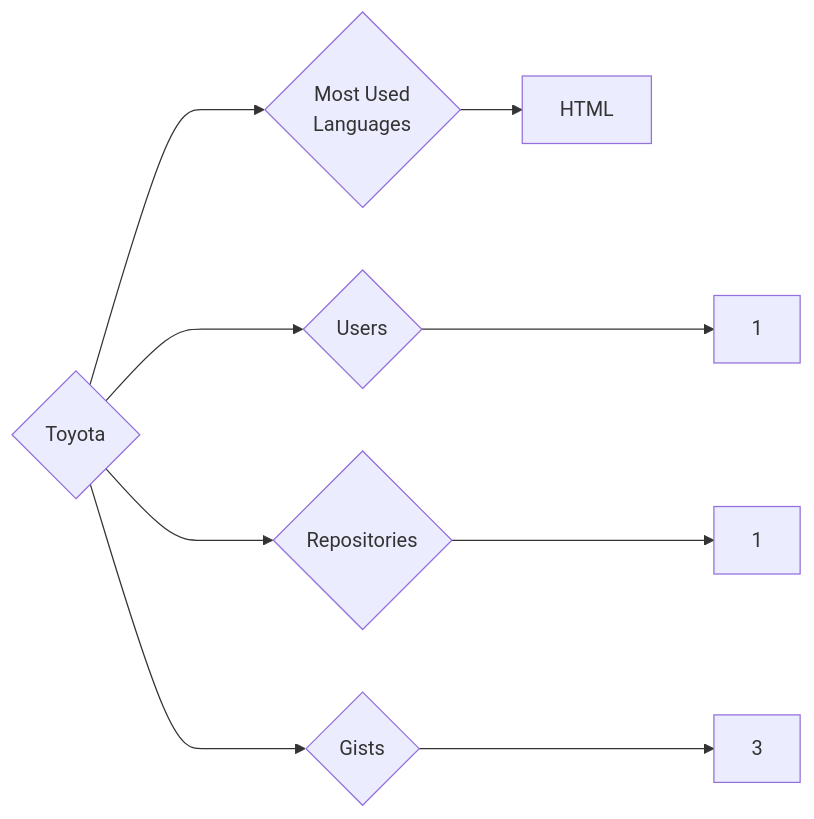
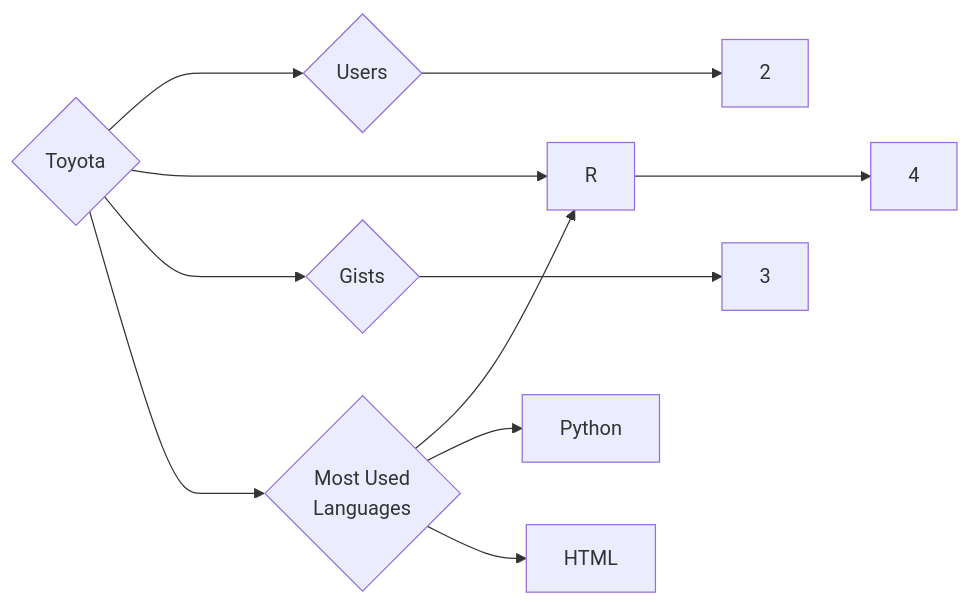
Before and after one commit to trickest/insiders: the diagram in targets/Toyota/README.md, drawn with Mermaid. The commit also changed 955 other files, not shown here.

````diff
--- a/targets/Toyota/README.md
+++ b/targets/Toyota/README.md
@@ -3,9 +3,11 @@
 ```mermaid
 graph LR
 COMPANY_NAME{Toyota}
-COMPANY_NAME ---> U{Users} ---> UN[1]
-COMPANY_NAME ---> R{Repositories} ---> RN[1]
+COMPANY_NAME ---> U{Users} ---> UN[2]
+COMPANY_NAME ---> R{Repositories} ---> RN[4]
 COMPANY_NAME ---> G{Gists} ---> GN[3]
 COMPANY_NAME ---> ML{Most Used<br>Languages}
+ML --> R[R]
+ML --> Python[Python]
 ML --> HTML[HTML]
 ```
````
